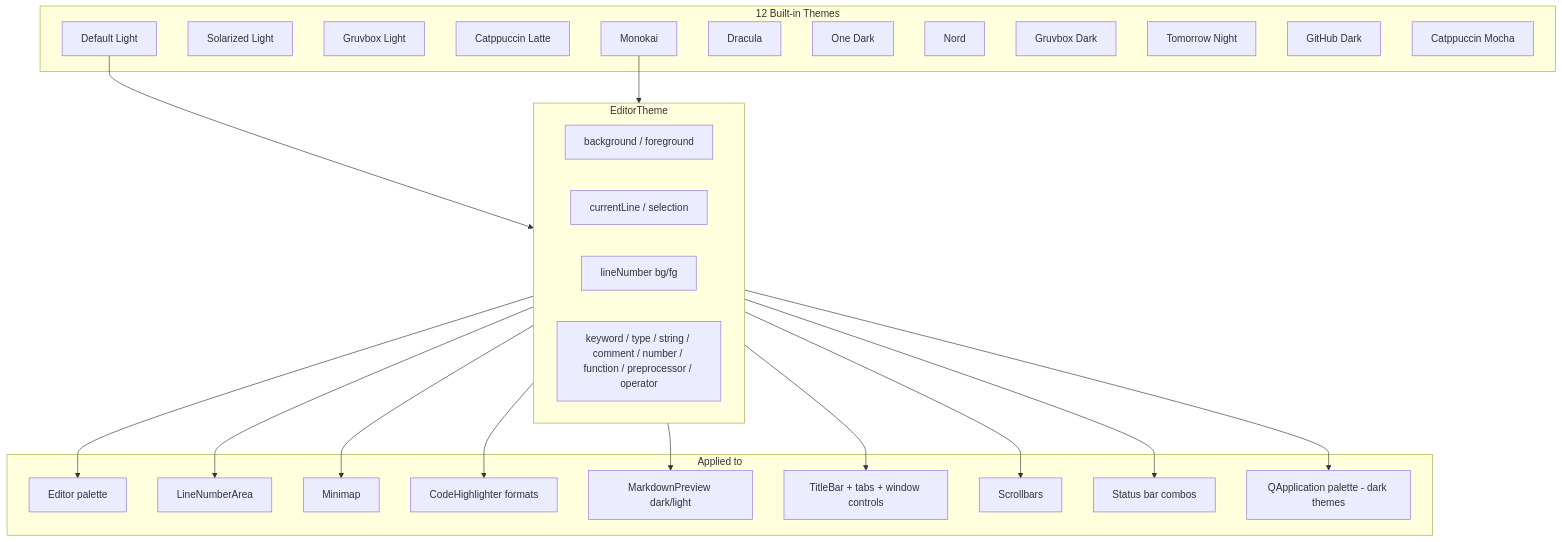
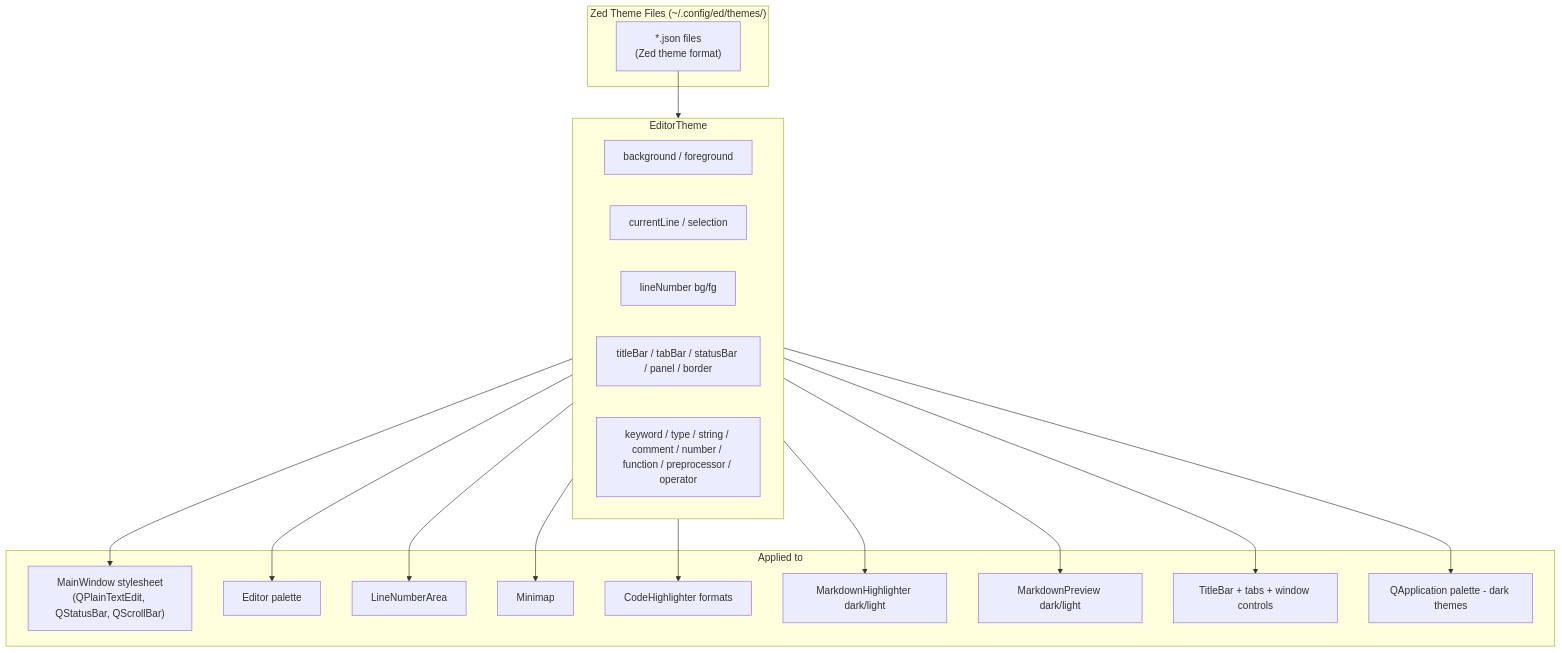
Before and after one commit to dkrse/text-ed: the tenth of 11 diagrams in docs/diagrams.md, drawn with Mermaid. The commit also changed other lines of this file and 23 other files, not shown here.

````diff
--- a/docs/diagrams.md
+++ b/docs/diagrams.md
@@ -352,39 +402,29 @@
 ```mermaid
 flowchart TB
-    subgraph "12 Built-in Themes"
-        L1[Default Light]
-        L2[Solarized Light]
-        L3[Gruvbox Light]
-        L4[Catppuccin Latte]
-        D1[Monokai]
-        D2[Dracula]
-        D3[One Dark]
-        D4[Nord]
-        D5[Gruvbox Dark]
-        D6[Tomorrow Night]
-        D7[GitHub Dark]
-        D8[Catppuccin Mocha]
+    subgraph "Zed Theme Files (~/.config/ed/themes/)"
+        TF["*.json files<br/>(Zed theme format)"]
     end
 
     subgraph EditorTheme
         BG[background / foreground]
         CL[currentLine / selection]
         LN[lineNumber bg/fg]
+        UI[titleBar / tabBar / statusBar / panel / border]
         SY[keyword / type / string / comment / number / function / preprocessor / operator]
     end
 
     subgraph "Applied to"
+        SS["MainWindow stylesheet<br/>(QPlainTextEdit, QStatusBar, QScrollBar)"]
         EP[Editor palette]
         LNA[LineNumberArea]
         MMP[Minimap]
         CHL[CodeHighlighter formats]
+        MDH[MarkdownHighlighter dark/light]
         MPV[MarkdownPreview dark/light]
         TBR[TitleBar + tabs + window controls]
-        SBR[Scrollbars]
-        CMB[Status bar combos]
         AP[QApplication palette - dark themes]
     end
 
-    L1 & D1 --> EditorTheme
-    EditorTheme --> EP & LNA & MMP & CHL & MPV & TBR & SBR & CMB & AP
+    TF --> EditorTheme
+    EditorTheme --> SS & EP & LNA & MMP & CHL & MDH & MPV & TBR & AP
 ```
````
